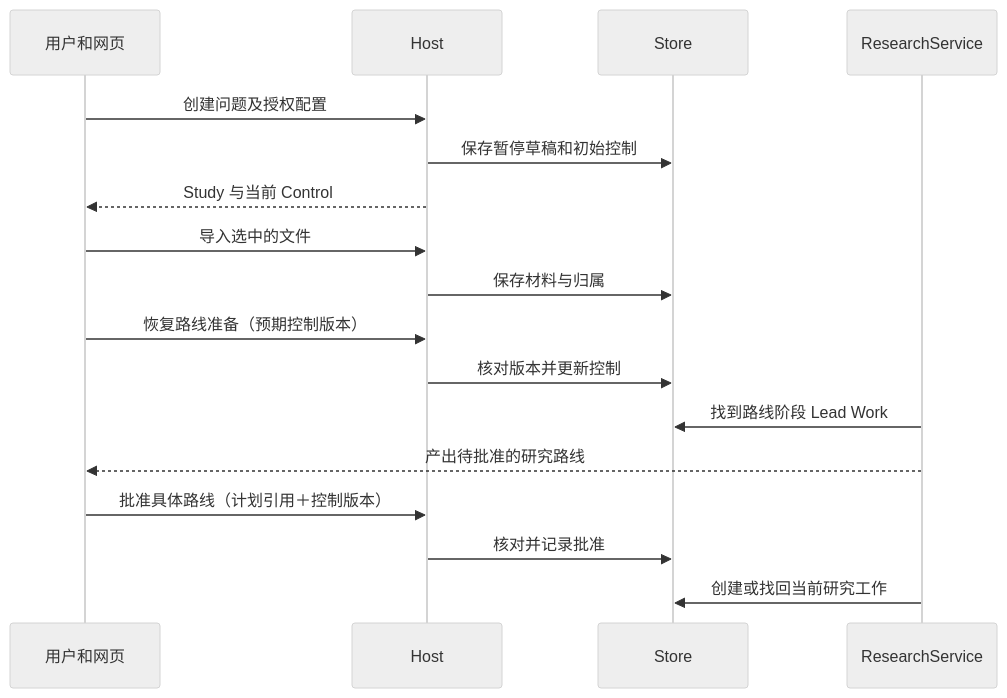
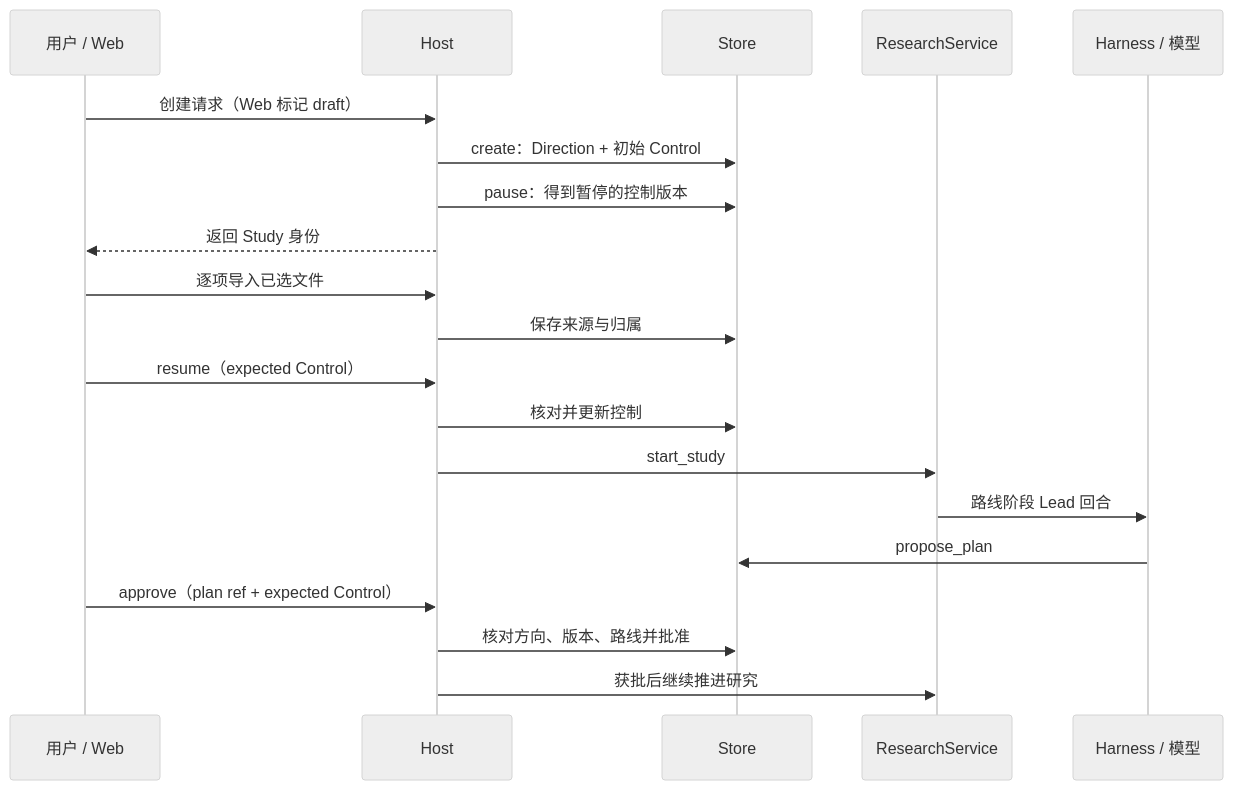
The third of 7 diagrams in docs/technical-handbook/02-architecture.md (studyzhige-ui/Epivra), drawn with Mermaid (neutral theme) before and after one commit. The commit also changed other lines of this file, not shown here.

Commit message:
docs: rewrite chapter 02 with verified Host IPC, SQLite transactions, async scheduling and interview-grade state traces

````diff
--- a/docs/technical-handbook/02-architecture.md
+++ b/docs/technical-handbook/02-architecture.md
@@ -90,19 +96,22 @@
 ```mermaid
 sequenceDiagram
-  participant U as 用户和网页
-  participant H as Host
-  participant S as Store
-  participant R as ResearchService
-  U->>H: 创建问题及授权配置
-  H->>S: 保存暂停草稿和初始控制
-  H-->>U: Study 与当前 Control
-  U->>H: 导入选中的文件
-  H->>S: 保存材料与归属
-  U->>H: 恢复路线准备（预期控制版本）
-  H->>S: 核对版本并更新控制
-  R->>S: 找到路线阶段 Lead Work
-  R-->>U: 产出待批准的研究路线
-  U->>H: 批准具体路线（计划引用＋控制版本）
-  H->>S: 核对并记录批准
-  R->>S: 创建或找回当前研究工作
+    participant U as 用户 / Web
+    participant H as Host
+    participant S as Store
+    participant R as ResearchService
+    participant A as Harness / 模型
+    U->>H: 创建请求（Web 标记 draft）
+    H->>S: create：Direction + 初始 Control
+    H->>S: pause：得到暂停的控制版本
+    H-->>U: 返回 Study 身份
+    U->>H: 逐项导入已选文件
+    H->>S: 保存来源与归属
+    U->>H: resume（expected Control）
+    H->>S: 核对并更新控制
+    H->>R: start_study
+    R->>A: 路线阶段 Lead 回合
+    A->>S: propose_plan
+    U->>H: approve（plan ref + expected Control）
+    H->>S: 核对方向、版本、路线并批准
+    H->>R: 获批后继续推进研究
 ```
````
